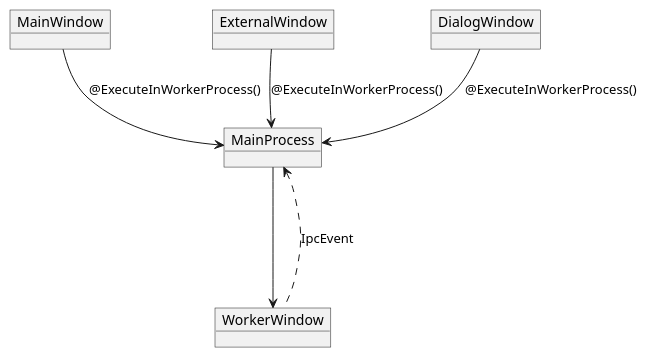
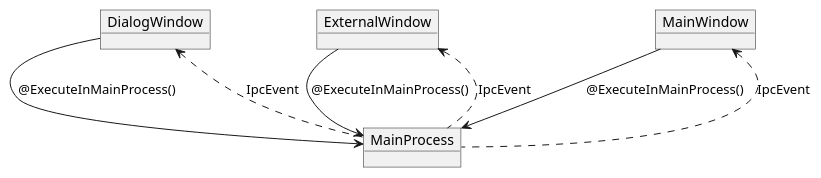
Before and after one commit to BICBT/cloudswitcher-desktop: the diagram in windows-message-exchange.puml, drawn with PlantUML. The commit also changed 24 other files, not shown here.

```diff
--- a/windows-message-exchange.puml
+++ b/windows-message-exchange.puml
@@ -1,14 +1,14 @@
 @startuml
 object MainWindow
 object ExternalWindow
 object DialogWindow
-object WorkerWindow
 object MainProcess
 
-MainWindow -down-> MainProcess: @ExecuteInWorkerProcess()
-ExternalWindow -down-> MainProcess: @ExecuteInWorkerProcess()
-DialogWindow -down-> MainProcess: @ExecuteInWorkerProcess()
-MainProcess -down-> WorkerWindow
-WorkerWindow .up.->MainProcess: IpcEvent
+MainWindow -down-> MainProcess: @ExecuteInMainProcess()
+ExternalWindow -down-> MainProcess: @ExecuteInMainProcess()
+DialogWindow -down-> MainProcess: @ExecuteInMainProcess()
+MainProcess .up.> MainWindow: IpcEvent
+MainProcess .up.> ExternalWindow: IpcEvent
+MainProcess .up.> DialogWindow: IpcEvent
 
 @enduml
```
